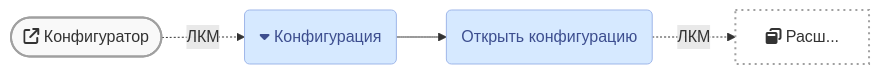
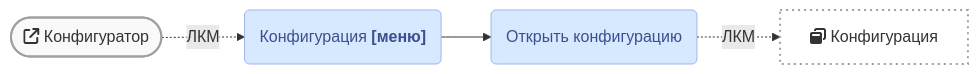
One commit to kc-doam/manual changed the first of 3 diagrams in faq/1cd_crash/main-window-is-white.md. Above: the diagram before and after it, drawn with Mermaid. The commit also changed other lines of this file and 7 other files, not shown here.

````diff
--- a/faq/1cd_crash/main-window-is-white.md
+++ b/faq/1cd_crash/main-window-is-white.md
@@ -19,13 +23,13 @@
 ``` mermaid
 graph LR
   %% https://mermaid-js.github.io/mermaid-live-editor/
   %% https://fontawesome.ru/all-icons/
   b1([fa:fa-external-link Конфигуратор]) -.-> |ЛКМ| m1
-  m1(fa:fa-caret-down Конфигурация) --> m2
+  m1("Конфигурация <b>[меню]</b>") --> m2
   m2(Открыть конфигурацию) -.-> |ЛКМ| element
-  element[fa:fa-window-restore Расш...]
+  element[fa:fa-window-restore Конфигурация]
   style b1 fill:#f9f9f9,stroke:#a0a0a0,stroke-width:2px
   style element fill:#fff,stroke:#a0a0a0,stroke-width:2px,stroke-dasharray:2 4
   classDef confmenu fill:#d6e9ff,stroke:#9eb6e9,stroke-width:1px,color:#3d4e8f
   class m1,m2 confmenu
 ```
````
